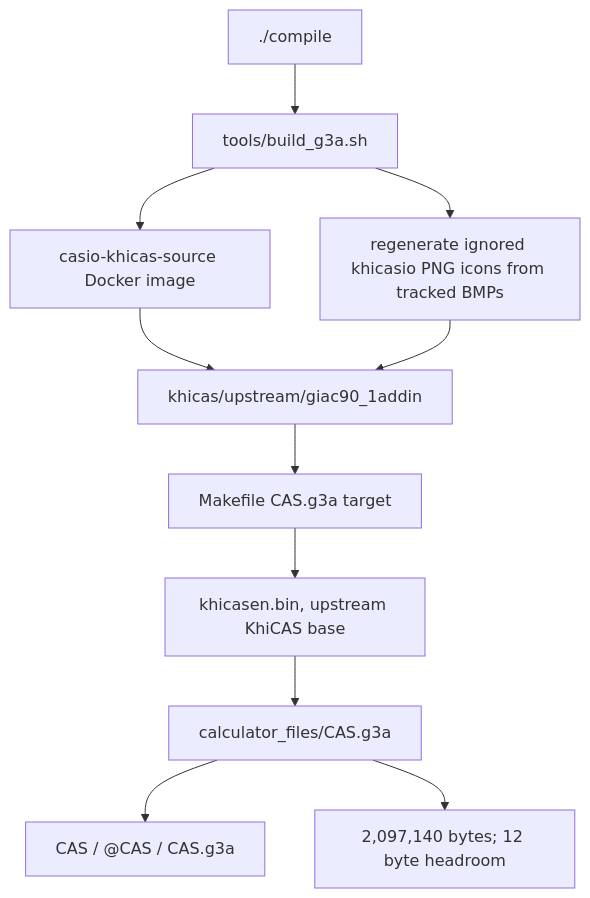
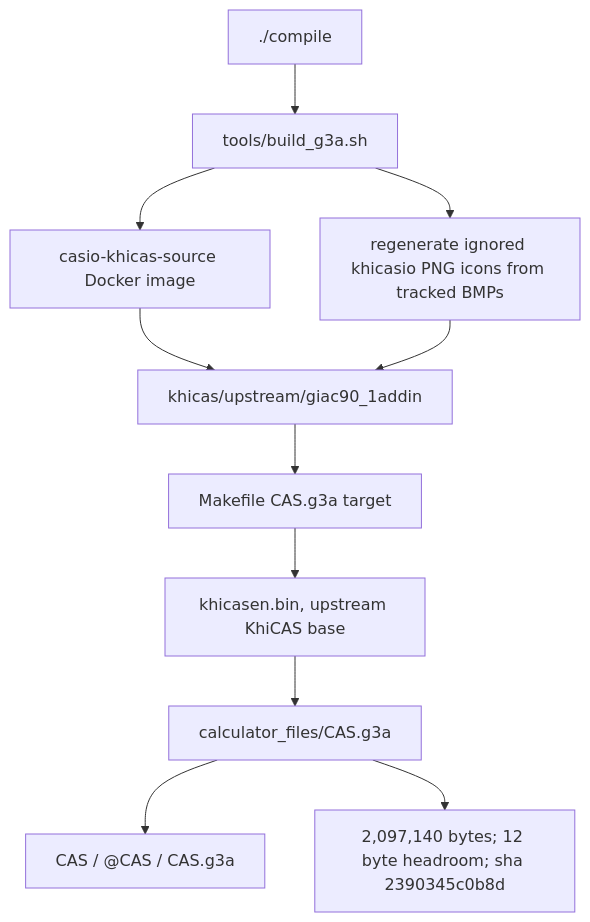
The first of 6 diagrams in docs/GRAPH.md (james8464/notes-addin-casio-fx-cg50), drawn with Mermaid before and after one commit. The commit also changed other lines of this file and 5 other files, not shown here.

````diff
--- a/docs/GRAPH.md
+++ b/docs/GRAPH.md
@@ -7,13 +7,13 @@
 ```mermaid
 graph TD
   Compile["./compile"] --> Build["tools/build_g3a.sh"]
   Build --> Docker["casio-khicas-source Docker image"]
   Docker --> Src["khicas/upstream/giac90_1addin"]
   Build --> Icons["regenerate ignored khicasio PNG icons from tracked BMPs"]
   Icons --> Src
   Src --> Make["Makefile CAS.g3a target"]
   Make --> Bin["khicasen.bin, upstream KhiCAS base"]
   Bin --> G3A["calculator_files/CAS.g3a"]
   G3A --> Meta["CAS / @CAS / CAS.g3a"]
-  G3A --> Size["2,097,140 bytes; 12 byte headroom"]
+  G3A --> Size["2,097,140 bytes; 12 byte headroom; sha 2390345c0b8d"]
 ```
````
